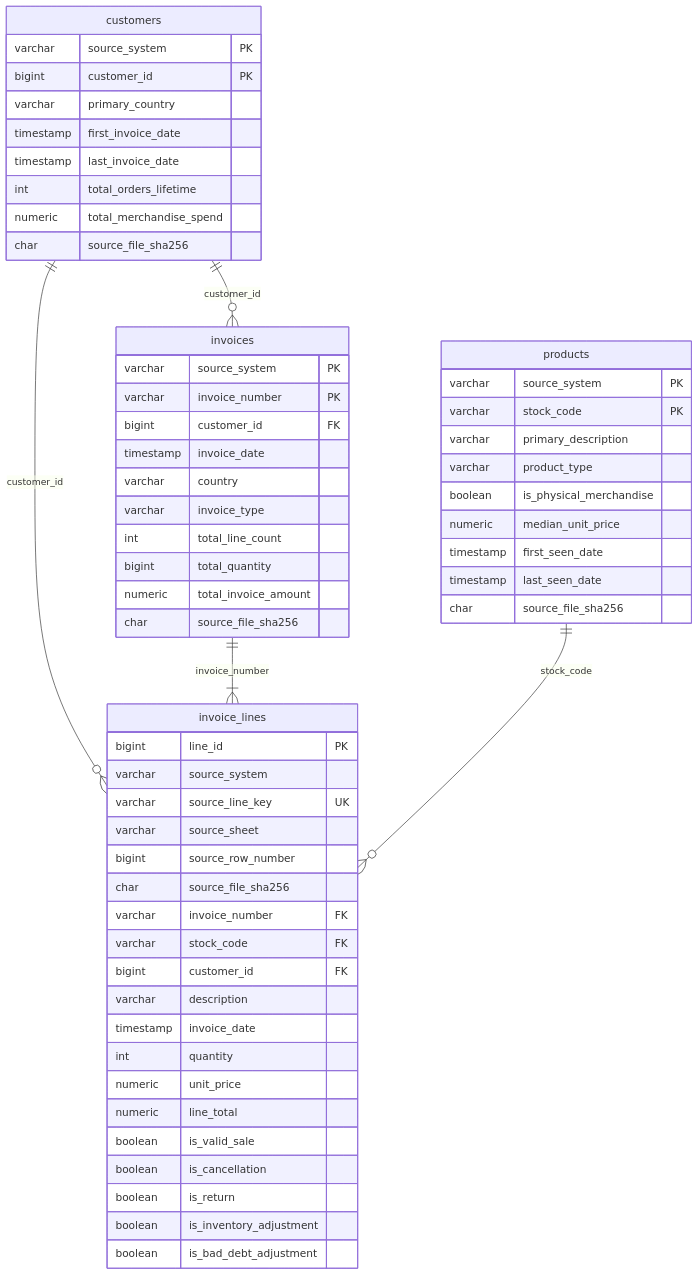
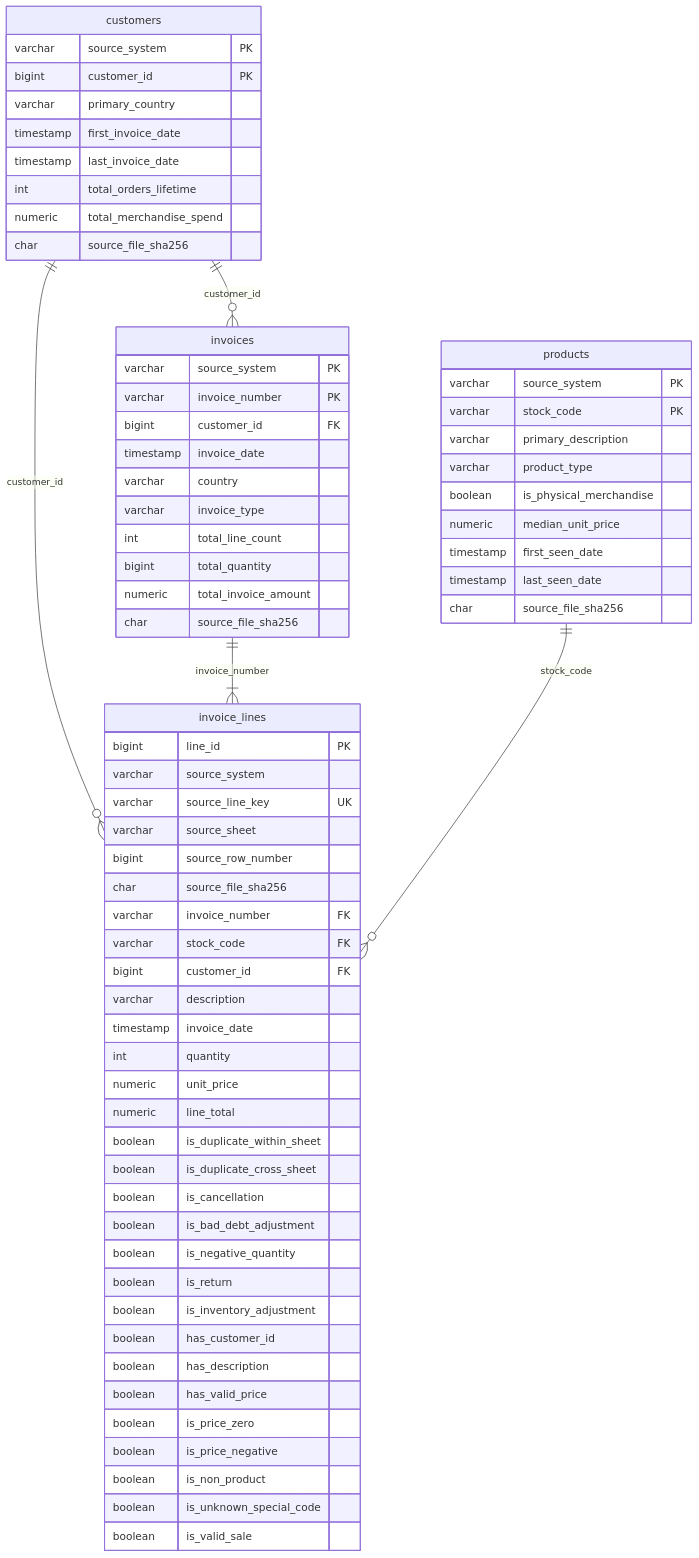
Before and after one commit to Vu-Viet-Phong/nexora-commerce-ai: the diagram in docs/erd.md, drawn with Mermaid. The commit also changed other lines of this file and 7 other files, not shown here.

````diff
--- a/docs/erd.md
+++ b/docs/erd.md
@@ -5,65 +5,75 @@
 ```mermaid
 erDiagram
     customers {
         varchar source_system PK
         bigint customer_id PK
         varchar primary_country
         timestamp first_invoice_date
         timestamp last_invoice_date
         int total_orders_lifetime
         numeric total_merchandise_spend
         char source_file_sha256
     }
 
     products {
         varchar source_system PK
         varchar stock_code PK
         varchar primary_description
         varchar product_type
         boolean is_physical_merchandise
         numeric median_unit_price
         timestamp first_seen_date
         timestamp last_seen_date
         char source_file_sha256
     }
 
     invoices {
         varchar source_system PK
         varchar invoice_number PK
         bigint customer_id FK
         timestamp invoice_date
         varchar country
         varchar invoice_type
         int total_line_count
         bigint total_quantity
         numeric total_invoice_amount
         char source_file_sha256
     }
 
     invoice_lines {
         bigint line_id PK
         varchar source_system
         varchar source_line_key UK
         varchar source_sheet
         bigint source_row_number
         char source_file_sha256
         varchar invoice_number FK
         varchar stock_code FK
         bigint customer_id FK
         varchar description
         timestamp invoice_date
         int quantity
         numeric unit_price
         numeric line_total
-        boolean is_valid_sale
+        boolean is_duplicate_within_sheet
+        boolean is_duplicate_cross_sheet
         boolean is_cancellation
+        boolean is_bad_debt_adjustment
+        boolean is_negative_quantity
         boolean is_return
         boolean is_inventory_adjustment
-        boolean is_bad_debt_adjustment
+        boolean has_customer_id
+        boolean has_description
+        boolean has_valid_price
+        boolean is_price_zero
+        boolean is_price_negative
+        boolean is_non_product
+        boolean is_unknown_special_code
+        boolean is_valid_sale
     }
 
     customers ||--o{ invoices : "customer_id"
     customers ||--o{ invoice_lines : "customer_id"
     invoices ||--|{ invoice_lines : "invoice_number"
     products ||--o{ invoice_lines : "stock_code"
 ```
````
